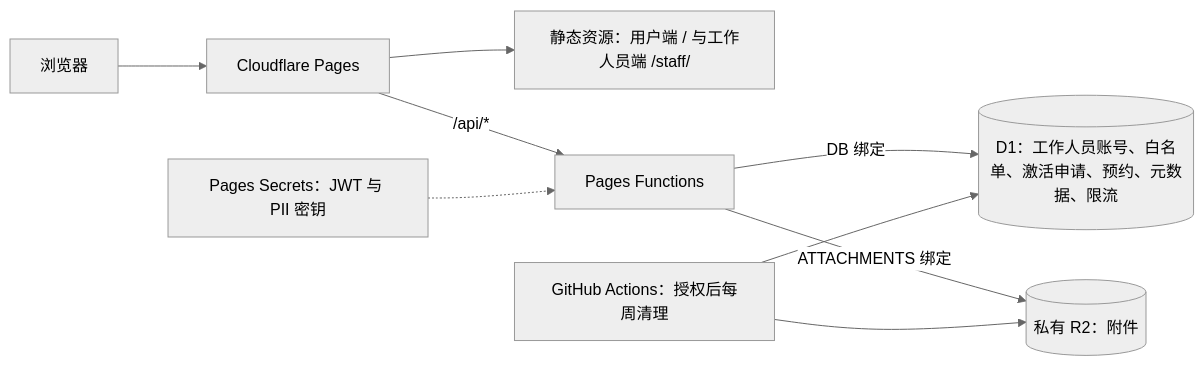
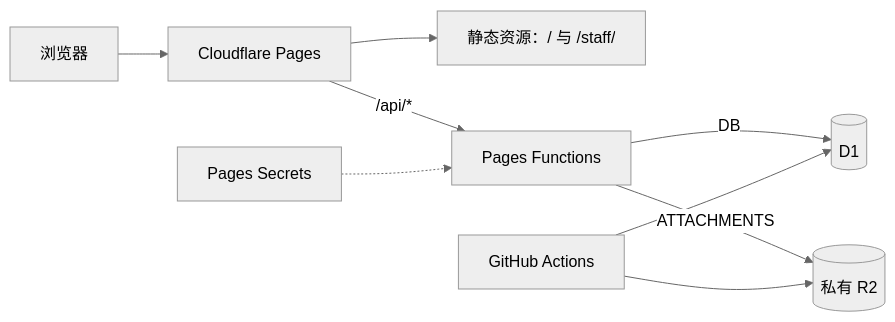
One commit to NEUP-Net-Depart/Pioneer-appointment-system changed the diagram in README.md. Above: the diagram before and after it, drawn with Mermaid (neutral theme). The commit also changed other lines of this file and 5 other files, not shown here.

````diff
--- a/README.md
+++ b/README.md
@@ -17,11 +17,11 @@
 ```mermaid
 flowchart LR
   Browser[浏览器] --> Pages[Cloudflare Pages]
-  Pages --> Static[静态资源：用户端 / 与工作人员端 /staff/]
+  Pages --> Static[静态资源：/ 与 /staff/]
   Pages -->|/api/*| Functions[Pages Functions]
-  Functions -->|DB 绑定| D1[(D1：工作人员账号、白名单、激活申请、预约、元数据、限流)]
-  Functions -->|ATTACHMENTS 绑定| R2[(私有 R2：附件)]
-  Secrets[Pages Secrets：JWT 与 PII 密钥] -.-> Functions
-  Actions[GitHub Actions：授权后每周清理] --> D1
+  Functions -->|DB| D1[(D1)]
+  Functions -->|ATTACHMENTS| R2[(私有 R2)]
+  Secrets[Pages Secrets] -.-> Functions
+  Actions[GitHub Actions] --> D1
   Actions --> R2
 ```
````
